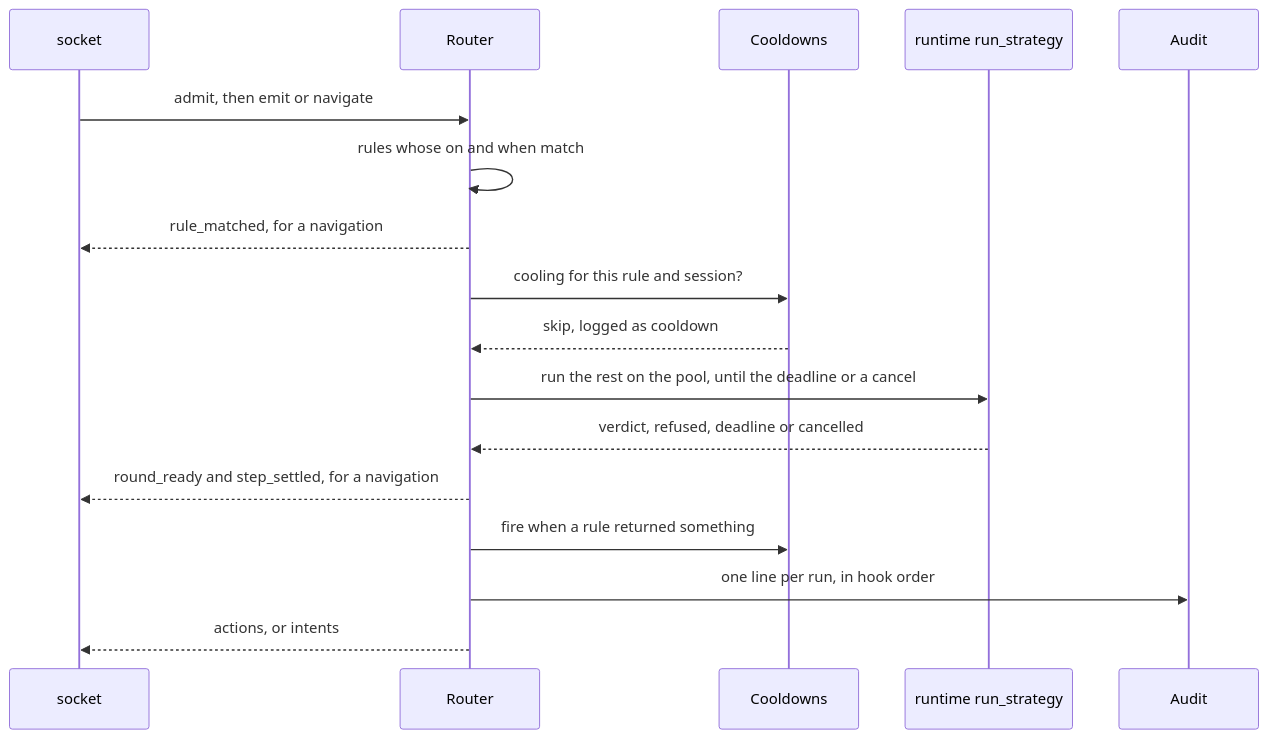
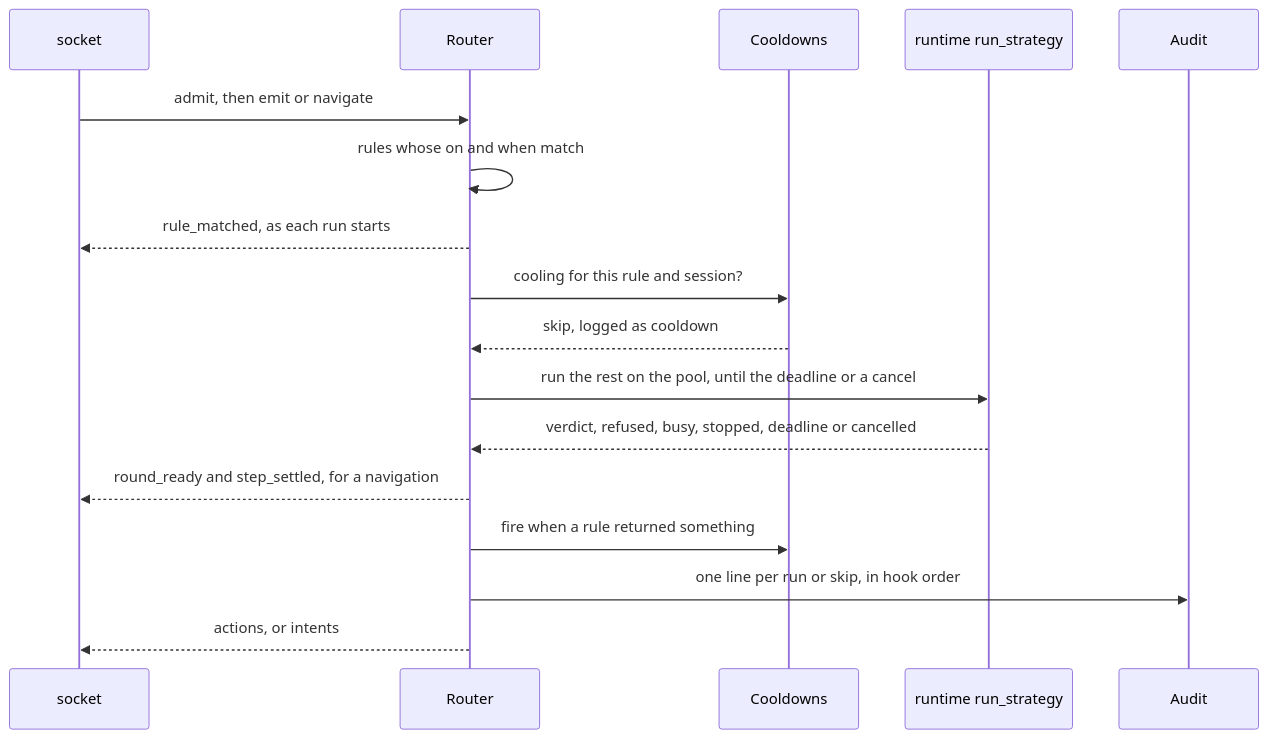
The diagram in crates/daemon/src/route/README.md (wrkhse/chauffeur), drawn with Mermaid before and after one commit. The commit also changed other lines of this file and 10 other files, not shown here.

Commit message:
fix(daemon): name the limit admission reached, settle a rule the pool never starts, and answer a panicked call as an internal error

````diff
--- a/crates/daemon/src/route/README.md
+++ b/crates/daemon/src/route/README.md
@@ -14,19 +14,19 @@
 ```mermaid
 sequenceDiagram
     participant S as socket
     participant R as Router
     participant C as Cooldowns
     participant W as runtime run_strategy
     participant A as Audit
     S->>R: admit, then emit or navigate
     R->>R: rules whose on and when match
-    R-->>S: rule_matched, for a navigation
+    R-->>S: rule_matched, as each run starts
     R->>C: cooling for this rule and session?
     C-->>R: skip, logged as cooldown
     R->>W: run the rest on the pool, until the deadline or a cancel
-    W-->>R: verdict, refused, deadline or cancelled
+    W-->>R: verdict, refused, busy, stopped, deadline or cancelled
     R-->>S: round_ready and step_settled, for a navigation
     R->>C: fire when a rule returned something
-    R->>A: one line per run, in hook order
+    R->>A: one line per run or skip, in hook order
     R-->>S: actions, or intents
 ```
````
